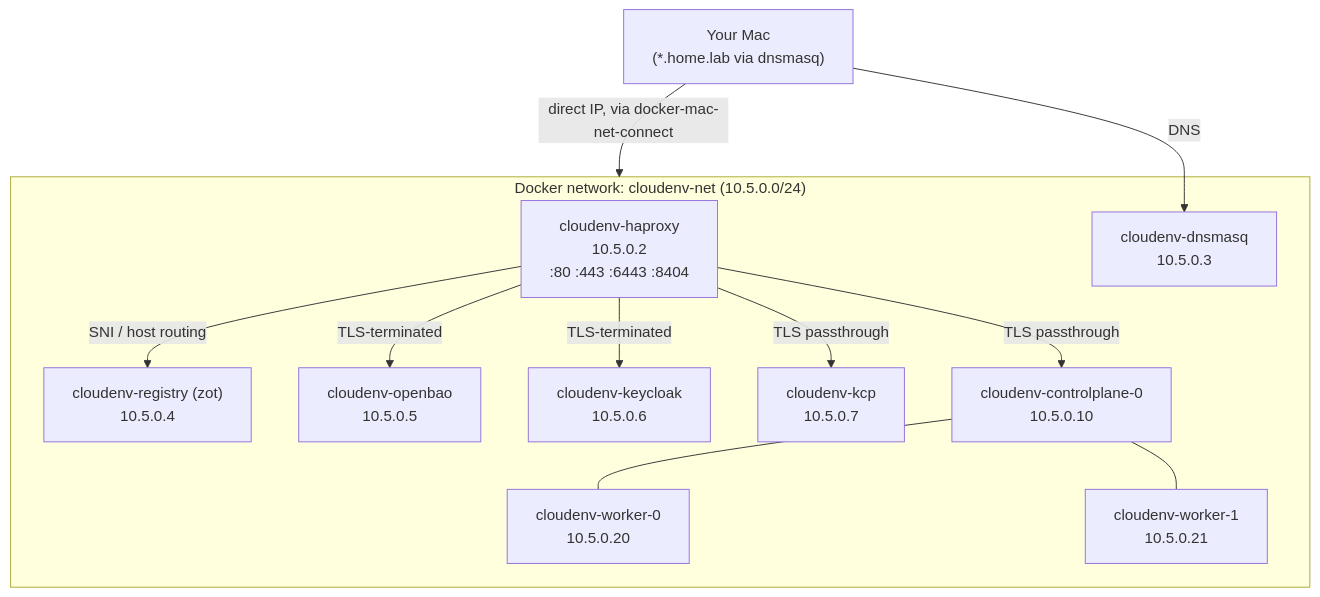
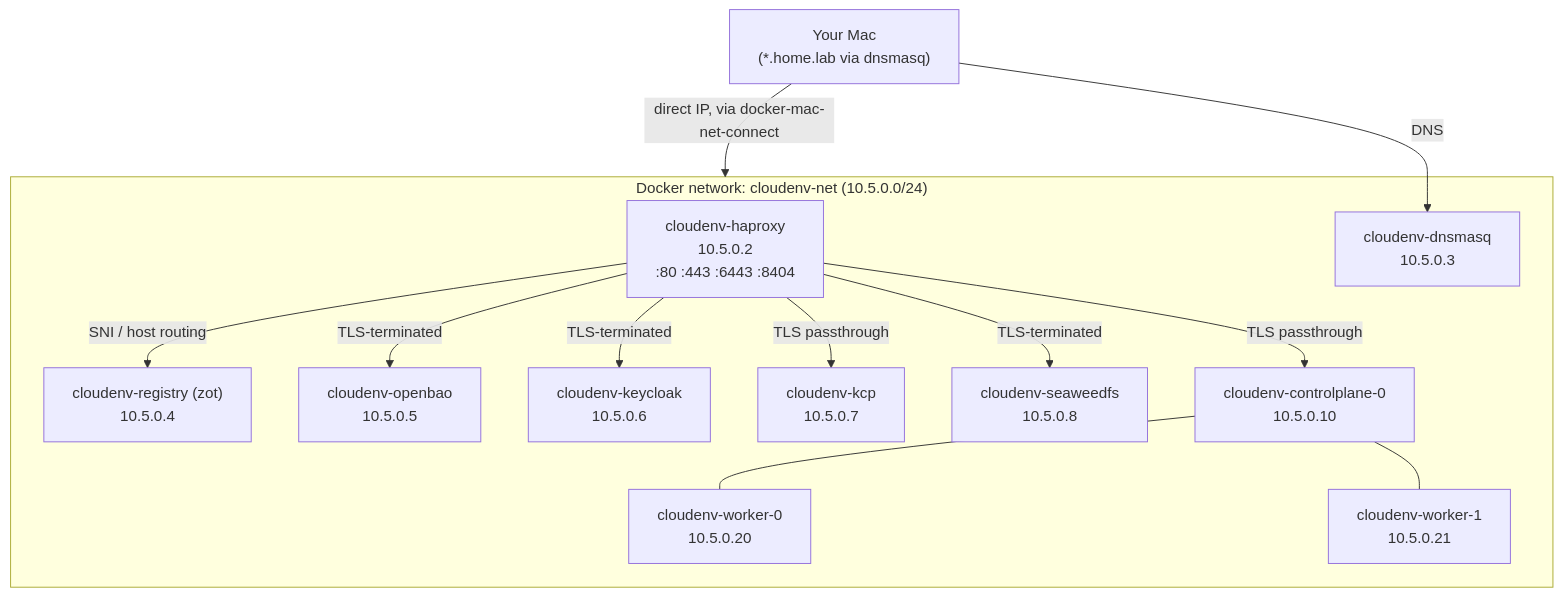
One commit to Kallepan/cloudenv changed the diagram in README.md. Above: the diagram before and after it, drawn with Mermaid. The commit also changed other lines of this file, not shown here.

Commit message:
feat: integrate SeaweedFS into architecture and update documentation

````diff
--- a/README.md
+++ b/README.md
@@ -7,26 +7,28 @@
 ```mermaid
 flowchart TB
     Host["Your Mac<br/>(*.home.lab via dnsmasq)"]
 
     subgraph net["Docker network: cloudenv-net (10.5.0.0/24)"]
         HAProxy["cloudenv-haproxy<br/>10.5.0.2<br/>:80 :443 :6443 :8404"]
         DNS["cloudenv-dnsmasq<br/>10.5.0.3"]
         Registry["cloudenv-registry (zot)<br/>10.5.0.4"]
         OpenBao["cloudenv-openbao<br/>10.5.0.5"]
         Keycloak["cloudenv-keycloak<br/>10.5.0.6"]
         KCP["cloudenv-kcp<br/>10.5.0.7"]
+        SeaweedFS["cloudenv-seaweedfs<br/>10.5.0.8"]
         CP["cloudenv-controlplane-0<br/>10.5.0.10"]
         W0["cloudenv-worker-0<br/>10.5.0.20"]
         W1["cloudenv-worker-1<br/>10.5.0.21"]
     end
 
     Host -->|DNS| DNS
     Host -->|direct IP, via docker-mac-net-connect| net
     HAProxy -->|SNI / host routing| Registry
     HAProxy -->|TLS-terminated| OpenBao
     HAProxy -->|TLS-terminated| Keycloak
+    HAProxy -->|TLS-terminated| SeaweedFS
     HAProxy -->|TLS passthrough| KCP
     HAProxy -->|TLS passthrough| CP
     CP --- W0
     CP --- W1
 ```
````
